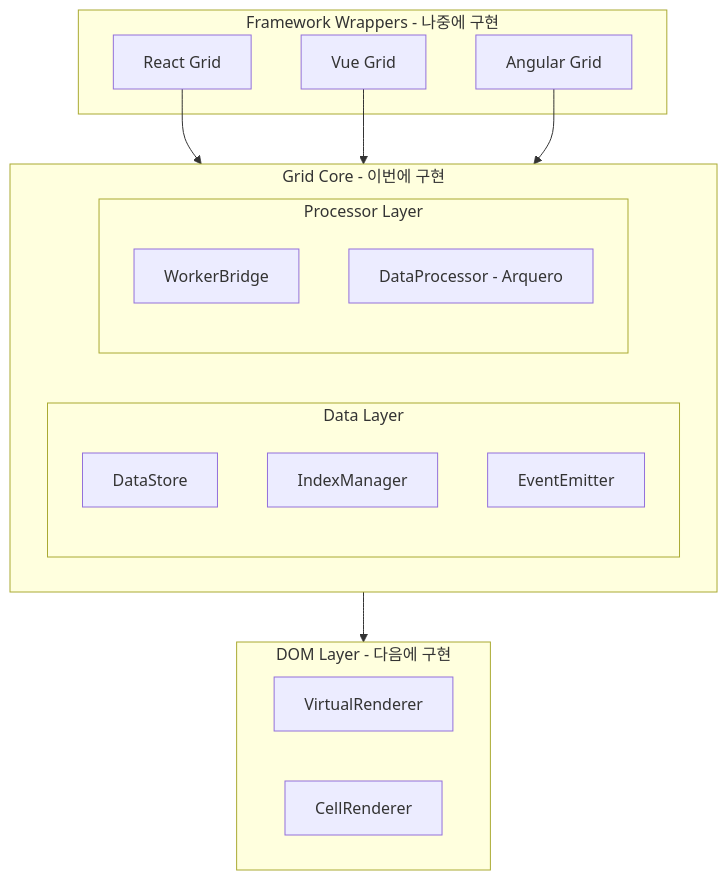
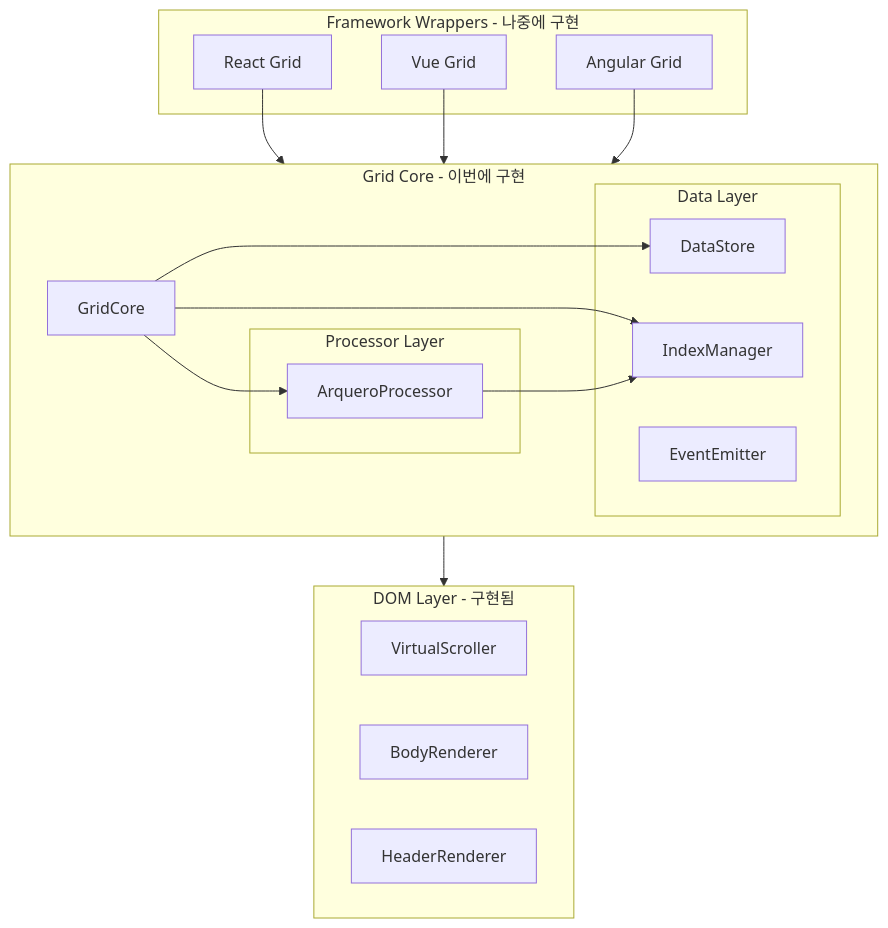
Before and after one commit to jook1356/grid: the diagram in docs/base/ARCHITECTURE-CORE.md, drawn with Mermaid. The commit also changed other lines of this file and 4 other files, not shown here.

````diff
--- a/docs/base/ARCHITECTURE-CORE.md
+++ b/docs/base/ARCHITECTURE-CORE.md
@@ -5,31 +5,36 @@
 ```mermaid
 flowchart TB
     subgraph Wrappers [Framework Wrappers - 나중에 구현]
         ReactGrid[React Grid]
         VueGrid[Vue Grid]
         AngularGrid[Angular Grid]
     end
     
     subgraph Core [Grid Core - 이번에 구현]
         subgraph DataLayer [Data Layer]
             DS[DataStore]
             IM[IndexManager]
             EM[EventEmitter]
         end
         
         subgraph ProcessorLayer [Processor Layer]
-            WB[WorkerBridge]
-            DP[DataProcessor - Arquero]
+            DP[ArqueroProcessor]
         end
+        
+        GC[GridCore] --> DS
+        GC --> IM
+        GC --> DP
+        DP --> IM
     end
     
-    subgraph FutureDOM [DOM Layer - 다음에 구현]
-        VR[VirtualRenderer]
-        CR[CellRenderer]
+    subgraph DOMLayer [DOM Layer - 구현됨]
+        VR[VirtualScroller]
+        BR[BodyRenderer]
+        HR[HeaderRenderer]
     end
     
     ReactGrid --> Core
     VueGrid --> Core
     AngularGrid --> Core
-    Core --> FutureDOM
+    Core --> DOMLayer
 ```
````
